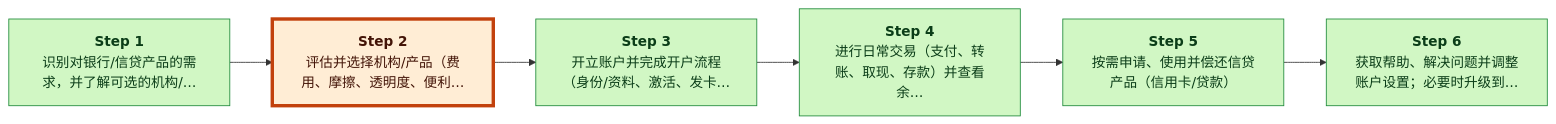
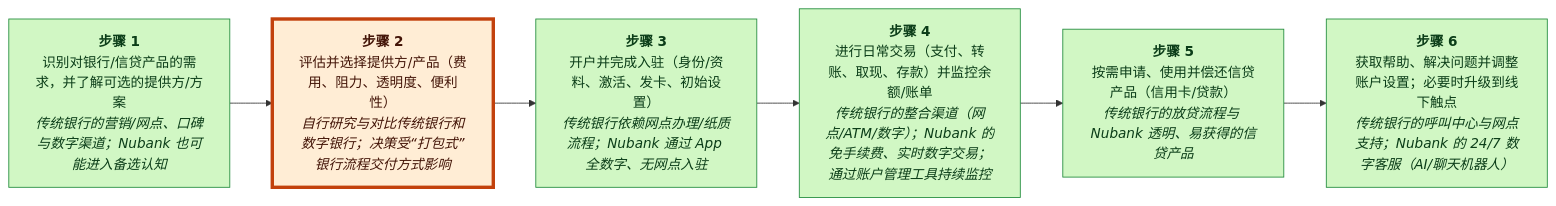
One commit to Austin-Li7/decoupling-analyst changed the first of 4 diagrams in cases/_archive/nubank-grounded-20260509/run/final_report_zh.md. Above: the diagram before and after it, drawn with Mermaid. The commit also changed other lines of this file and 14 other files, not shown here.

````diff
--- a/cases/_archive/nubank-grounded-20260509/run/final_report_zh.md
+++ b/cases/_archive/nubank-grounded-20260509/run/final_report_zh.md
@@ -17,21 +16,21 @@
 ```mermaid
 flowchart LR
-    A1["<b>Step 1</b><br/>识别对银行/信贷产品的需求，并了解可选的机构/…"]
-    A2["<b>Step 2</b><br/>评估并选择机构/产品（费用、摩擦、透明度、便利…"]
-    A3["<b>Step 3</b><br/>开立账户并完成开户流程（身份/资料、激活、发卡…"]
-    A4["<b>Step 4</b><br/>进行日常交易（支付、转账、取现、存款）并查看余…"]
-    A5["<b>Step 5</b><br/>按需申请、使用并偿还信贷产品（信用卡/贷款）"]
-    A6["<b>Step 6</b><br/>获取帮助、解决问题并调整账户设置；必要时升级到…"]
+    A1["<b>步骤 1</b><br/>识别对银行/信贷产品的需求，并了解可选的提供方/方案<br/><i>传统银行的营销/网点、口碑与数字渠道；Nubank 也可能进入备选认知</i>"]
+    A2["<b>步骤 2</b><br/>评估并选择提供方/产品（费用、阻力、透明度、便利性）<br/><i>自行研究与对比传统银行和数字银行；决策受“打包式”银行流程交付方式影响</i>"]
+    A3["<b>步骤 3</b><br/>开户并完成入驻（身份/资料、激活、发卡、初始设置）<br/><i>传统银行依赖网点办理/纸质流程；Nubank 通过 App 全数字、无网点入驻</i>"]
+    A4["<b>步骤 4</b><br/>进行日常交易（支付、转账、取现、存款）并监控余额/账单<br/><i>传统银行的整合渠道（网点/ATM/数字）；Nubank 的免手续费、实时数字交易；通过账户管理工具持续监控</i>"]
+    A5["<b>步骤 5</b><br/>按需申请、使用并偿还信贷产品（信用卡/贷款）<br/><i>传统银行的放贷流程与 Nubank 透明、易获得的信贷产品</i>"]
+    A6["<b>步骤 6</b><br/>获取帮助、解决问题并调整账户设置；必要时升级到线下触点<br/><i>传统银行的呼叫中心与网点支持；Nubank 的 24/7 数字客服（AI/聊天机器人）</i>"]
     A1 --> A2
     A2 --> A3
     A3 --> A4
     A4 --> A5
     A5 --> A6
     style A1 fill:#d1f7c4,stroke:#1f8a3a,color:#0b3d18
     style A2 fill:#ffd6d6,stroke:#b22222,color:#5a0d0d
     style A2 fill:#ffedd5,stroke:#c2410c,stroke-width:4px,color:#431407
     style A3 fill:#d1f7c4,stroke:#1f8a3a,color:#0b3d18
     style A4 fill:#d1f7c4,stroke:#1f8a3a,color:#0b3d18
     style A5 fill:#d1f7c4,stroke:#1f8a3a,color:#0b3d18
     style A6 fill:#d1f7c4,stroke:#1f8a3a,color:#0b3d18
 ```
````
